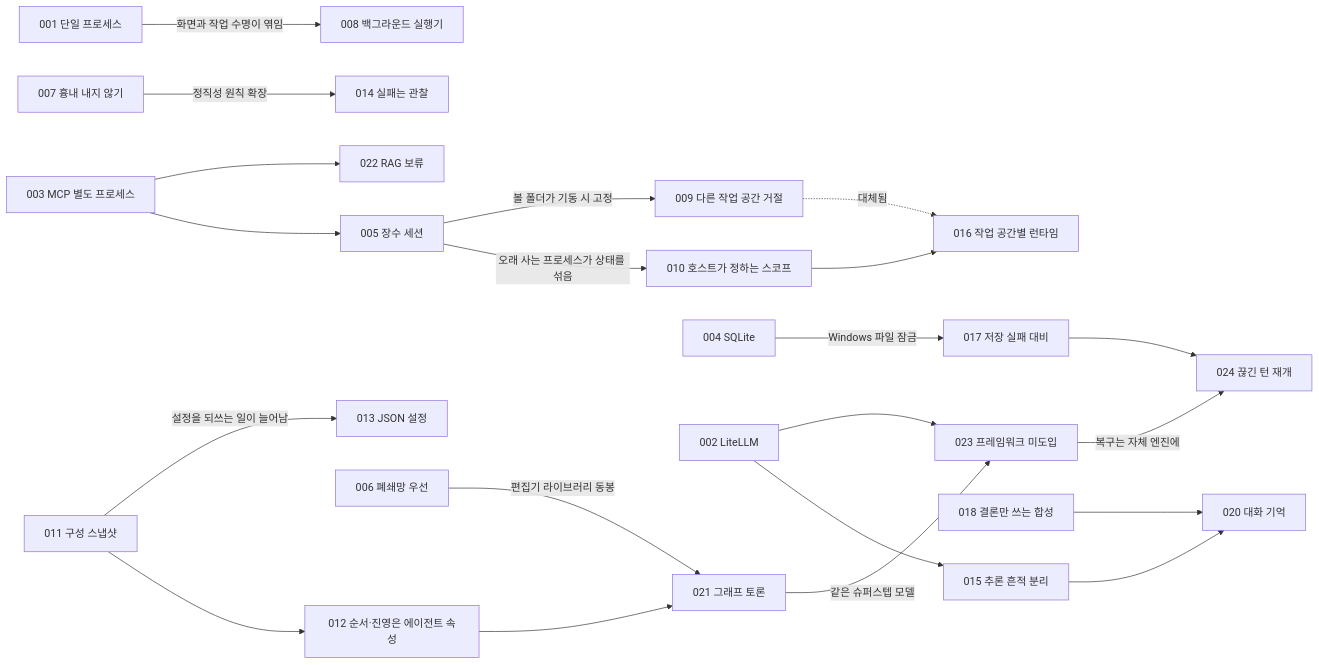
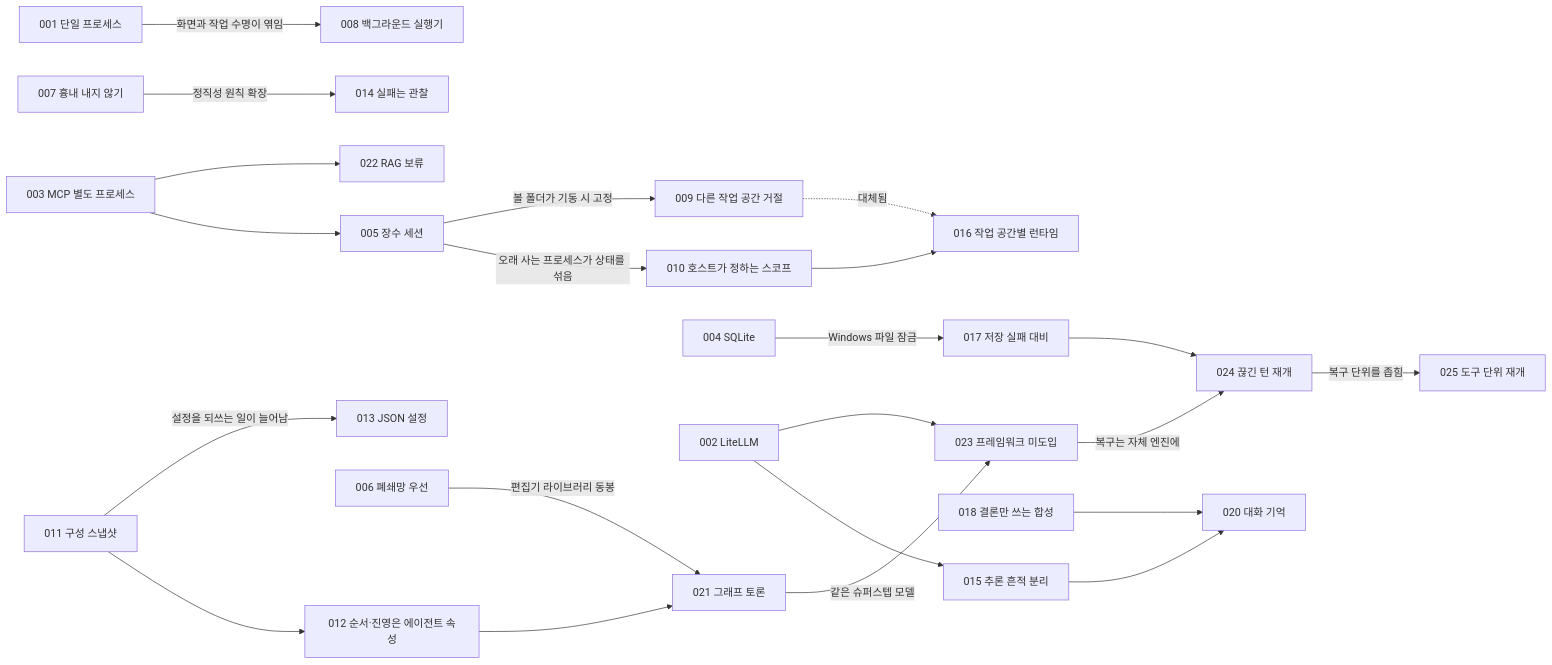
One commit to HaJaehee/MultiAgentDebateAndOrchestrationPlatform changed the diagram in lectures/05-adr/README.md. Above: the diagram before and after it, drawn with Mermaid. The commit also changed other lines of this file and 25 other files, not shown here.

````diff
--- a/lectures/05-adr/README.md
+++ b/lectures/05-adr/README.md
@@ -69,23 +70,24 @@
 ```mermaid
 flowchart LR
     A001["001 단일 프로세스"] -->|"화면과 작업 수명이 엮임"| A008["008 백그라운드 실행기"]
     A003["003 MCP 별도 프로세스"] --> A005["005 장수 세션"]
     A005 -->|"오래 사는 프로세스가 상태를 섞음"| A010["010 호스트가 정하는 스코프"]
     A005 -->|"볼 폴더가 기동 시 고정"| A009["009 다른 작업 공간 거절"]
     A009 -.->|"대체됨"| A016["016 작업 공간별 런타임"]
     A010 --> A016
     A007["007 흉내 내지 않기"] -->|"정직성 원칙 확장"| A014["014 실패는 관찰"]
     A004["004 SQLite"] -->|"Windows 파일 잠금"| A017["017 저장 실패 대비"]
     A011["011 구성 스냅샷"] --> A012["012 순서·진영은 에이전트 속성"]
     A011 -->|"설정을 되쓰는 일이 늘어남"| A013["013 JSON 설정"]
     A002["002 LiteLLM"] --> A015["015 추론 흔적 분리"]
     A015 --> A020["020 대화 기억"]
     A018["018 결론만 쓰는 합성"] --> A020
     A012 --> A021["021 그래프 토론"]
     A006["006 폐쇄망 우선"] -->|"편집기 라이브러리 동봉"| A021
     A003 --> A022["022 RAG 보류"]
     A002 --> A023["023 프레임워크 미도입"]
     A021 -->|"같은 슈퍼스텝 모델"| A023
     A023 -->|"복구는 자체 엔진에"| A024["024 끊긴 턴 재개"]
     A017 --> A024
+    A024 -->|"복구 단위를 좁힘"| A025["025 도구 단위 재개"]
 ```
````
